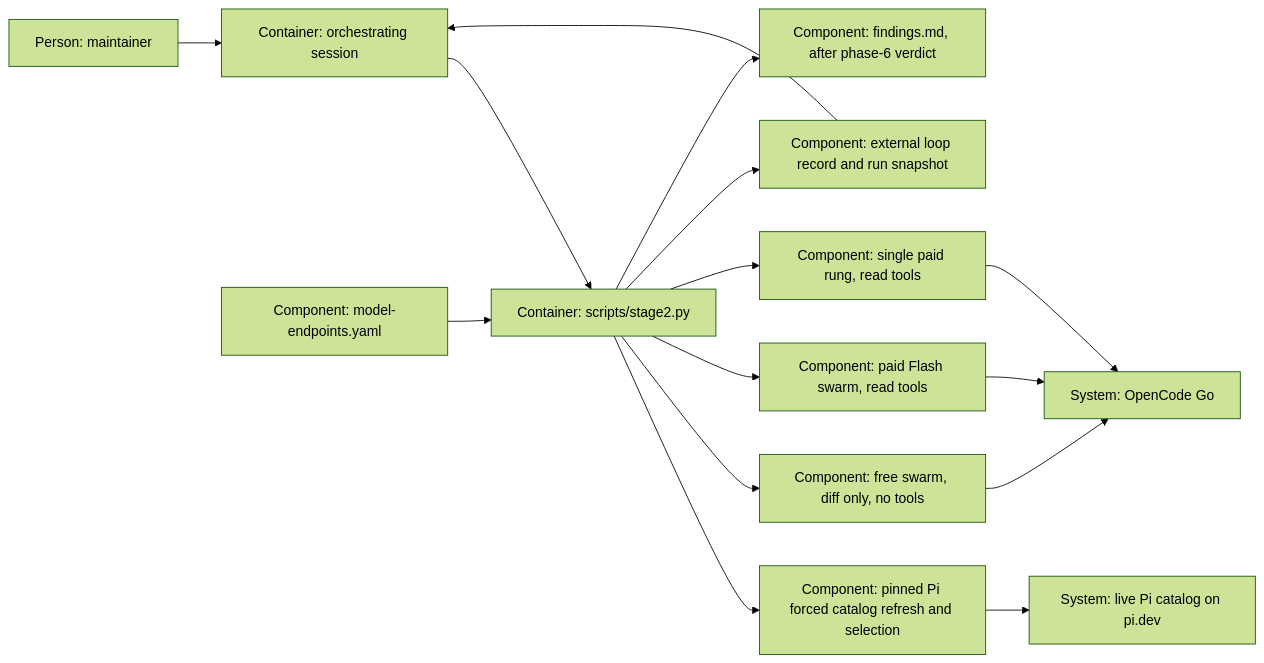
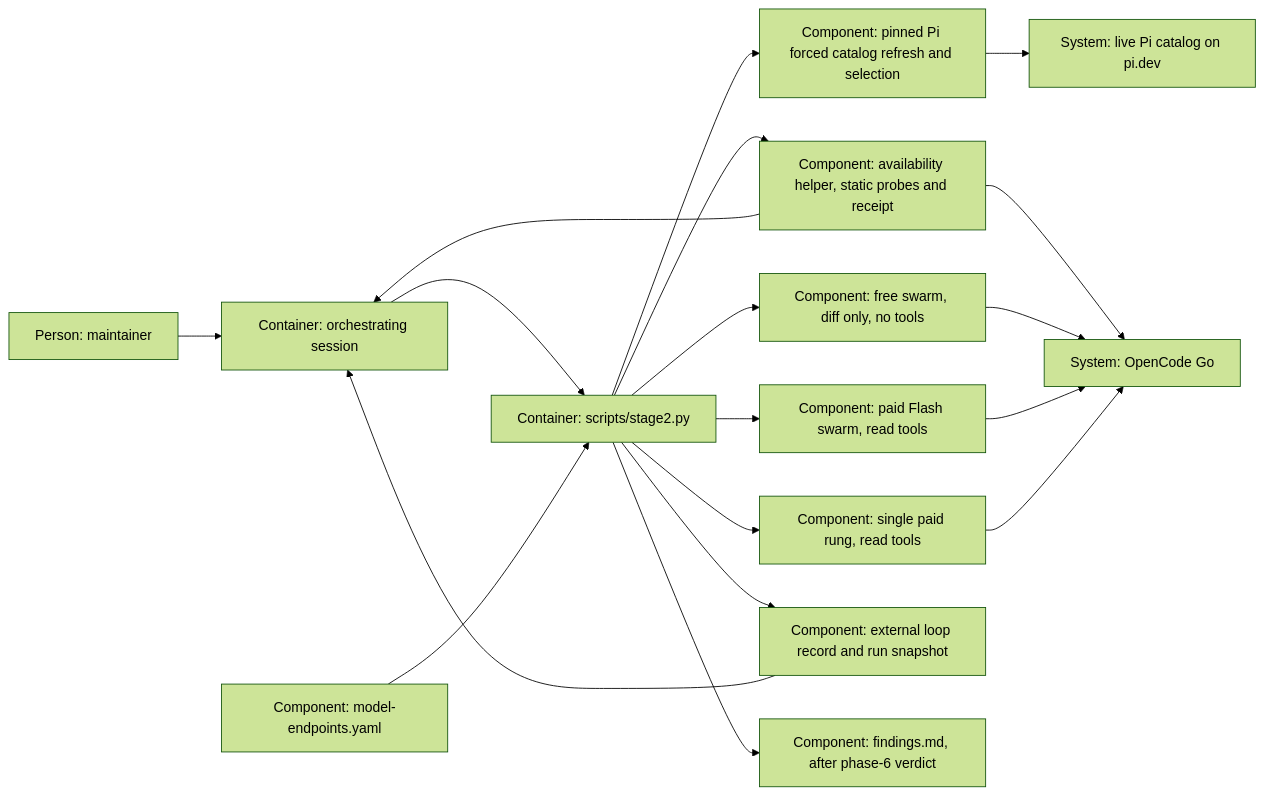
The diagram in plans/changes/loop-until-clean/design.md (bicycle-brakes/monotrope), drawn with Mermaid (forest theme) before and after one commit. The commit also changed other lines of this file and 14 other files, not shown here.

````diff
--- a/plans/changes/loop-until-clean/design.md
+++ b/plans/changes/loop-until-clean/design.md
@@ -145,17 +146,20 @@
 ```mermaid
 flowchart LR
     person["Person: maintainer"] --> orch["Container: orchestrating session"]
     orch --> runner["Container: scripts/stage2.py"]
     config["Component: model-endpoints.yaml"] --> runner
     runner --> catalog["Component: pinned Pi forced catalog refresh and selection"]
+    runner --> prep["Component: availability helper, static probes and receipt"]
+    prep --> go
+    prep --> orch
     catalog --> remote["System: live Pi catalog on pi.dev"]
     runner --> free["Component: free swarm, diff only, no tools"]
     runner --> flash["Component: paid Flash swarm, read tools"]
     runner --> single["Component: single paid rung, read tools"]
     free --> go["System: OpenCode Go"]
     flash --> go
     single --> go
     runner --> record["Component: external loop record and run snapshot"]
     record --> orch
     runner --> findings["Component: findings.md, after phase-6 verdict"]
 ```
````
